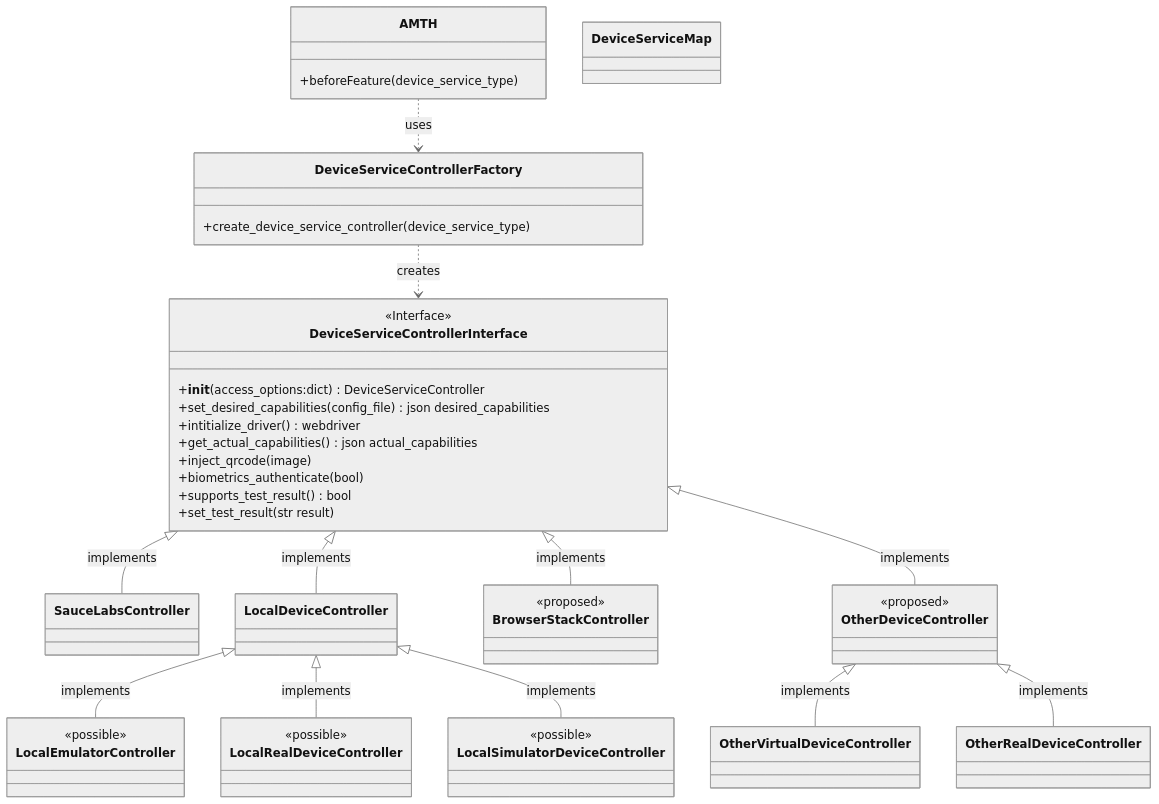
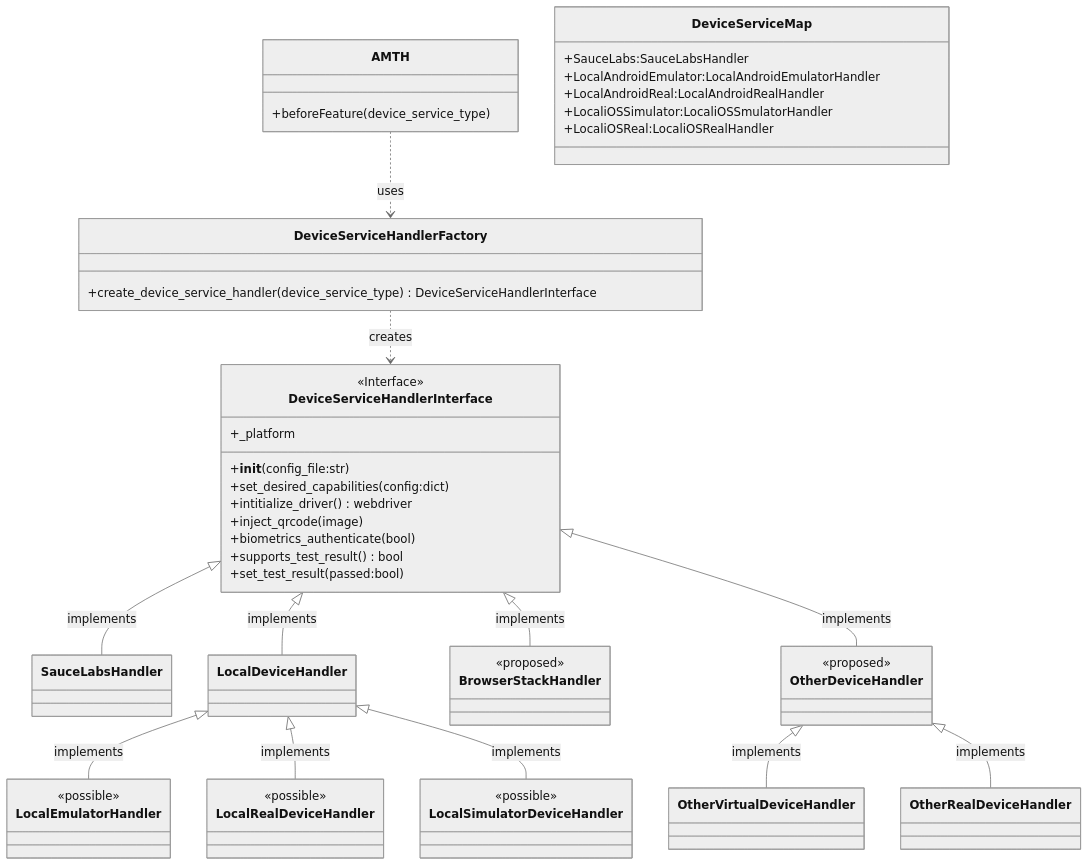
Before and after one commit to openwallet-foundation/owl-mobile-wallet-test-harness: the diagram in MOBILE_DEVICE_SERVICES.md, drawn with Mermaid (neutral theme). The commit also changed other lines of this file and 24 other files, not shown here.

Commit message:
Local Android Emulator Support

````diff
--- a/MOBILE_DEVICE_SERVICES.md
+++ b/MOBILE_DEVICE_SERVICES.md
@@ -8,42 +13,46 @@
 ```mermaid
 classDiagram
-   DeviceServiceControllerInterface <|-- SauceLabsController :implements
-   DeviceServiceControllerInterface <|-- LocalDeviceController :implements
-   LocalDeviceController <|-- LocalEmulatorController :implements
-   LocalDeviceController <|-- LocalRealDeviceController :implements
-   LocalDeviceController <|-- LocalSimulatorDeviceController :implements
-   DeviceServiceControllerInterface <|-- BrowserStackController :implements
-   <<proposed>> BrowserStackController
-   DeviceServiceControllerInterface <|-- OtherDeviceController :implements
-   OtherDeviceController <|-- OtherVirtualDeviceController :implements
-   OtherDeviceController <|-- OtherRealDeviceController :implements
-   <<proposed>> BrowserStackController
-   <<proposed>> OtherDeviceController
-   <<possible>> LocalEmulatorController
-   <<possible>> LocalSimulatorDeviceController
-   <<possible>> LocalRealDeviceController
-   DeviceServiceControllerFactory ..> DeviceServiceControllerInterface :creates
-   <<Interface>> DeviceServiceControllerInterface
+   DeviceServiceHandlerInterface <|-- SauceLabsHandler :implements
+   DeviceServiceHandlerInterface <|-- LocalDeviceHandler :implements
+   LocalDeviceHandler <|-- LocalEmulatorHandler :implements
+   LocalDeviceHandler <|-- LocalRealDeviceHandler :implements
+   LocalDeviceHandler <|-- LocalSimulatorDeviceHandler :implements
+   DeviceServiceHandlerInterface <|-- BrowserStackHandler :implements
+   <<proposed>> BrowserStackHandler
+   DeviceServiceHandlerInterface <|-- OtherDeviceHandler :implements
+   OtherDeviceHandler <|-- OtherVirtualDeviceHandler :implements
+   OtherDeviceHandler <|-- OtherRealDeviceHandler :implements
+   <<proposed>> BrowserStackHandler
+   <<proposed>> OtherDeviceHandler
+   <<possible>> LocalEmulatorHandler
+   <<possible>> LocalSimulatorDeviceHandler
+   <<possible>> LocalRealDeviceHandler
+   DeviceServiceHandlerFactory ..> DeviceServiceHandlerInterface :creates
+   <<Interface>> DeviceServiceHandlerInterface
   
-   AMTH ..> DeviceServiceControllerFactory :uses
+   AMTH ..> DeviceServiceHandlerFactory :uses
 
-   class DeviceServiceControllerFactory{
-       +create_device_service_controller(device_service_type)
+   class DeviceServiceHandlerFactory{
+       +create_device_service_handler(device_service_type)DeviceServiceHandlerInterface
    }
-   class DeviceServiceControllerInterface{
-       +__init__(access_options:dict)DeviceServiceController
-       +set_desired_capabilities(config_file)json desired_capabilities
+   class DeviceServiceHandlerInterface{
+        +_platform
+       +__init__(config_file:str)
+       +set_desired_capabilities(config:dict)
        +intitialize_driver()webdriver
-       +get_actual_capabilities()json actual_capabilities
        +inject_qrcode(image)
        +biometrics_authenticate(bool)
        +supports_test_result()bool
-       +set_test_result(str result)
+       +set_test_result(passed:bool)
    }
    class DeviceServiceMap{
-     
+     +SauceLabs:SauceLabsHandler
+     +LocalAndroidEmulator:LocalAndroidEmulatorHandler
+     +LocalAndroidReal:LocalAndroidRealHandler
+     +LocaliOSSimulator:LocaliOSSmulatorHandler
+     +LocaliOSReal:LocaliOSRealHandler
    }
     class AMTH{
       +beforeFeature(device_service_type)
     }		
 ```
````
